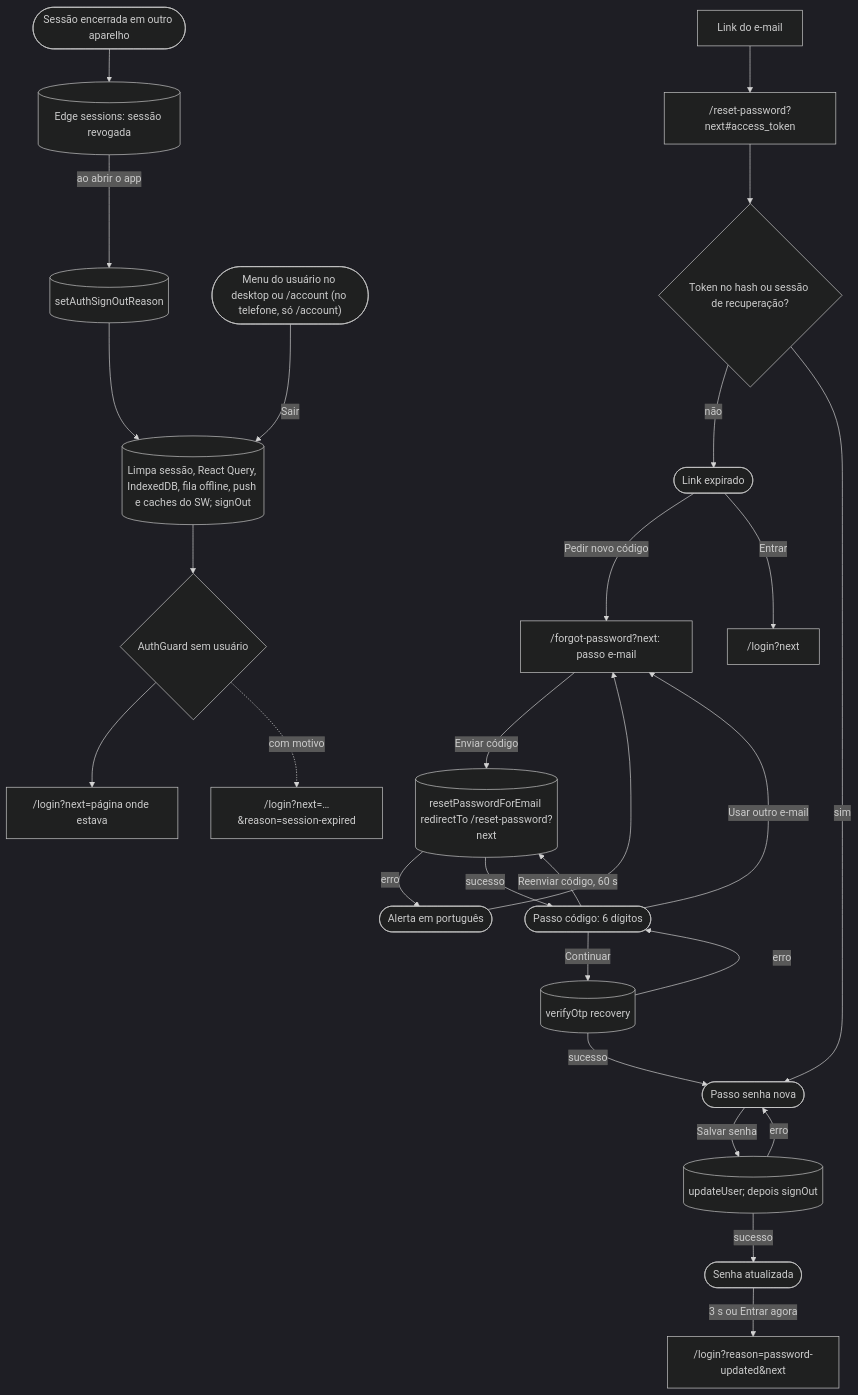
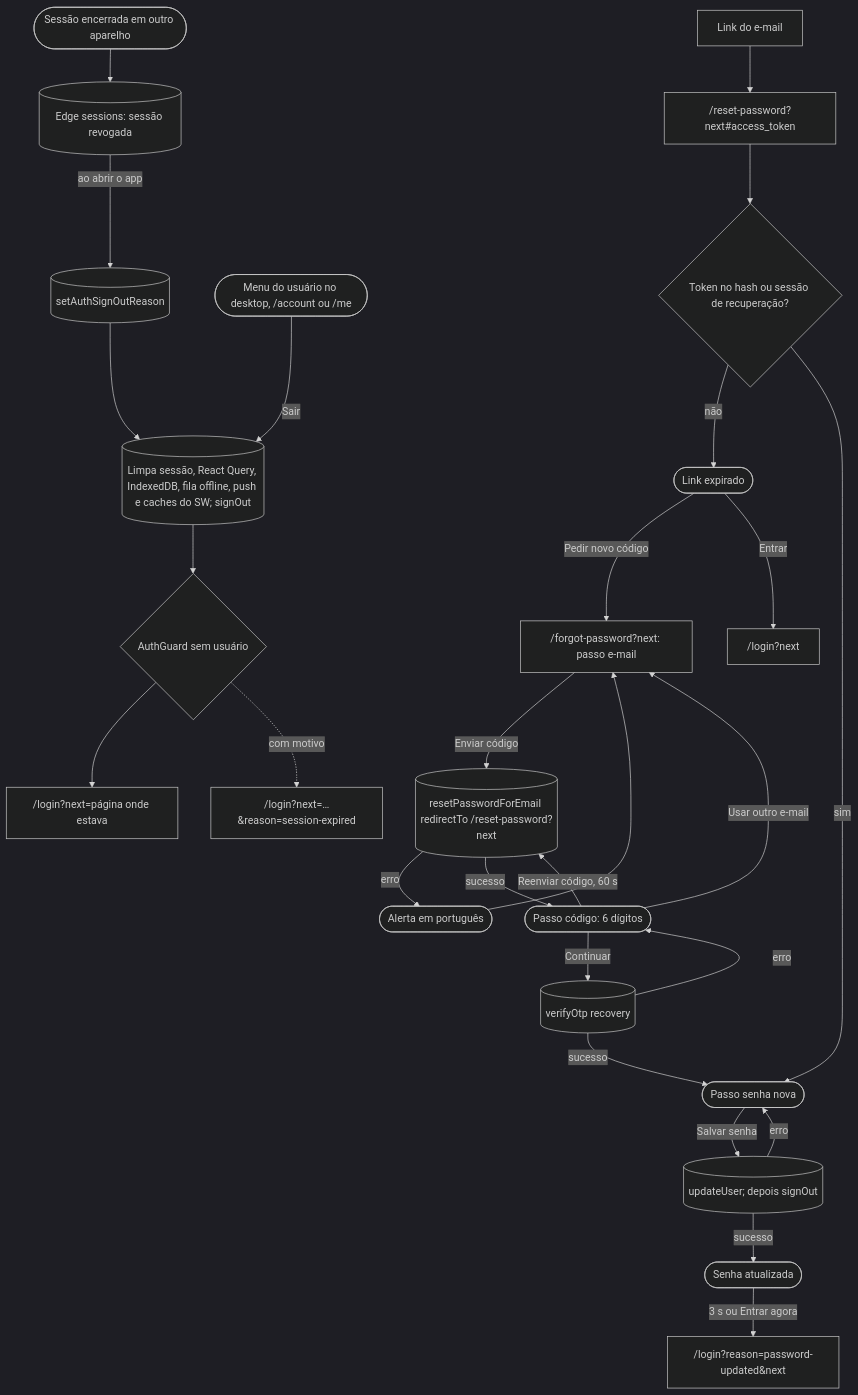
The third of 31 diagrams in docs/JORNADAS.md (kauax2000/finance_app), drawn with Mermaid before and after one commit. The commit also changed other lines of this file and 3 other files, not shown here.

````diff
--- a/docs/JORNADAS.md
+++ b/docs/JORNADAS.md
@@ -240,30 +240,30 @@
 ```mermaid
 %%{init: {"theme": "dark"}}%%
 flowchart TD
     forgot["/forgot-password?next: passo e-mail"] -->|"Enviar código"| resetMail[("resetPasswordForEmail redirectTo /reset-password?next")]
     resetMail -->|"erro"| forgotErr(["Alerta em português"]) --> forgot
     resetMail -->|"sucesso"| code(["Passo código: 6 dígitos"])
     code -->|"Usar outro e-mail"| forgot
     code -->|"Reenviar código, 60 s"| resetMail
     code -->|"Continuar"| verify[("verifyOtp recovery")]
     verify -->|"erro"| code
     verify -->|"sucesso"| newPass(["Passo senha nova"])
     newPass -->|"Salvar senha"| update[("updateUser; depois signOut")]
     update -->|"erro"| newPass
     update -->|"sucesso"| done(["Senha atualizada"]) -->|"3 s ou Entrar agora"| loginPwd["/login?reason=password-updated&next"]
 
     mailLink["Link do e-mail"] --> reset["/reset-password?next#access_token"]
     reset --> token{"Token no hash ou sessão de recuperação?"}
     token -->|"não"| expired(["Link expirado"])
     expired -->|"Pedir novo código"| forgot
     expired -->|"Entrar"| loginPlain["/login?next"]
     token -->|"sim"| newPass
 
-    menus(["Menu do usuário no desktop ou /account (no telefone, só /account)"]) -->|"Sair"| signout[("Limpa sessão, React Query, IndexedDB, fila offline, push e caches do SW; signOut")]
+    menus(["Menu do usuário no desktop, /account ou /me"]) -->|"Sair"| signout[("Limpa sessão, React Query, IndexedDB, fila offline, push e caches do SW; signOut")]
     signout --> guardOut{"AuthGuard sem usuário"}
     guardOut --> loginNext["/login?next=página onde estava"]
 
     other(["Sessão encerrada em outro aparelho"]) --> check[("Edge sessions: sessão revogada")]
     check -->|"ao abrir o app"| reason[("setAuthSignOutReason")] --> signout
     guardOut -.->|"com motivo"| loginReason["/login?next=…&reason=session-expired"]
 ```
````
